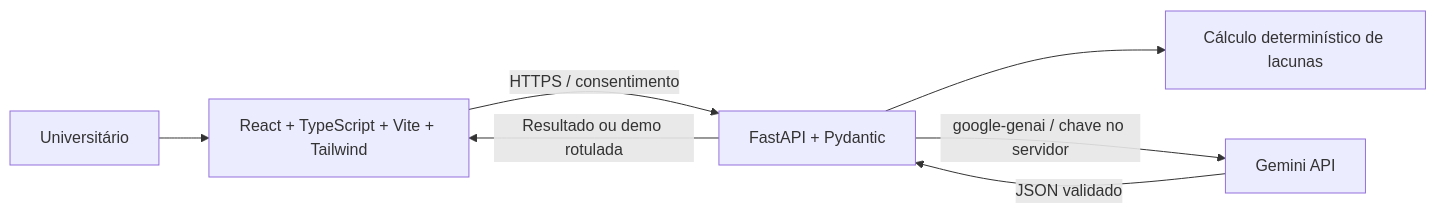
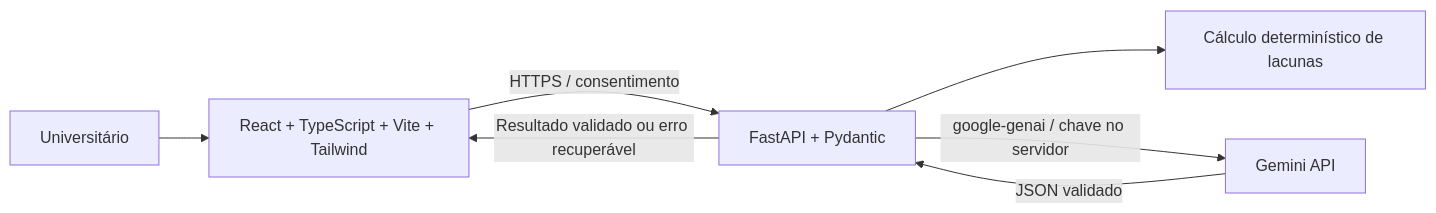
Before and after one commit to PedroGiffoni/skillbridge: the diagram in README.md, drawn with Mermaid. The commit also changed other lines of this file and 23 other files, not shown here.

````diff
--- a/README.md
+++ b/README.md
@@ -42,9 +42,9 @@
 ```mermaid
 flowchart LR
     U[Universitário] --> F[React + TypeScript + Vite + Tailwind]
     F -->|HTTPS / consentimento| B[FastAPI + Pydantic]
     B --> D[Cálculo determinístico de lacunas]
     B -->|google-genai / chave no servidor| G[Gemini API]
     G -->|JSON validado| B
-    B -->|Resultado ou demo rotulada| F
+    B -->|Resultado validado ou erro recuperável| F
 ```
````
